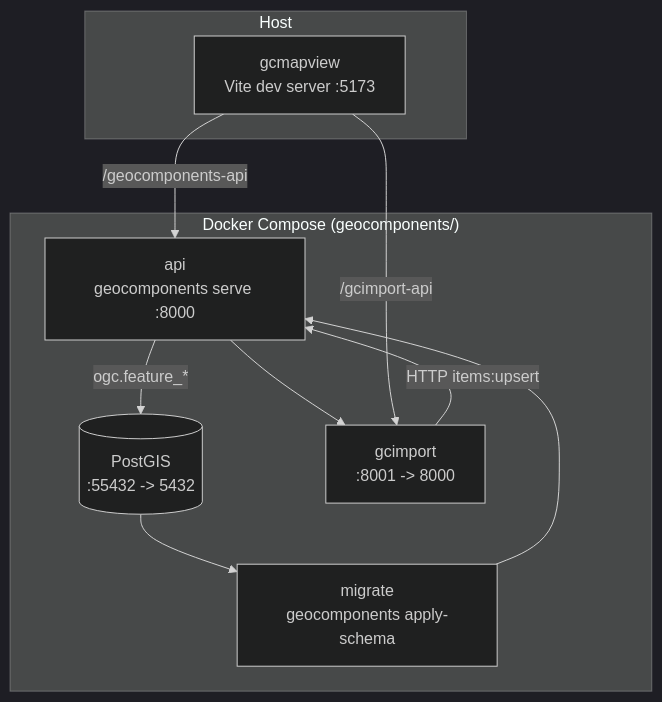
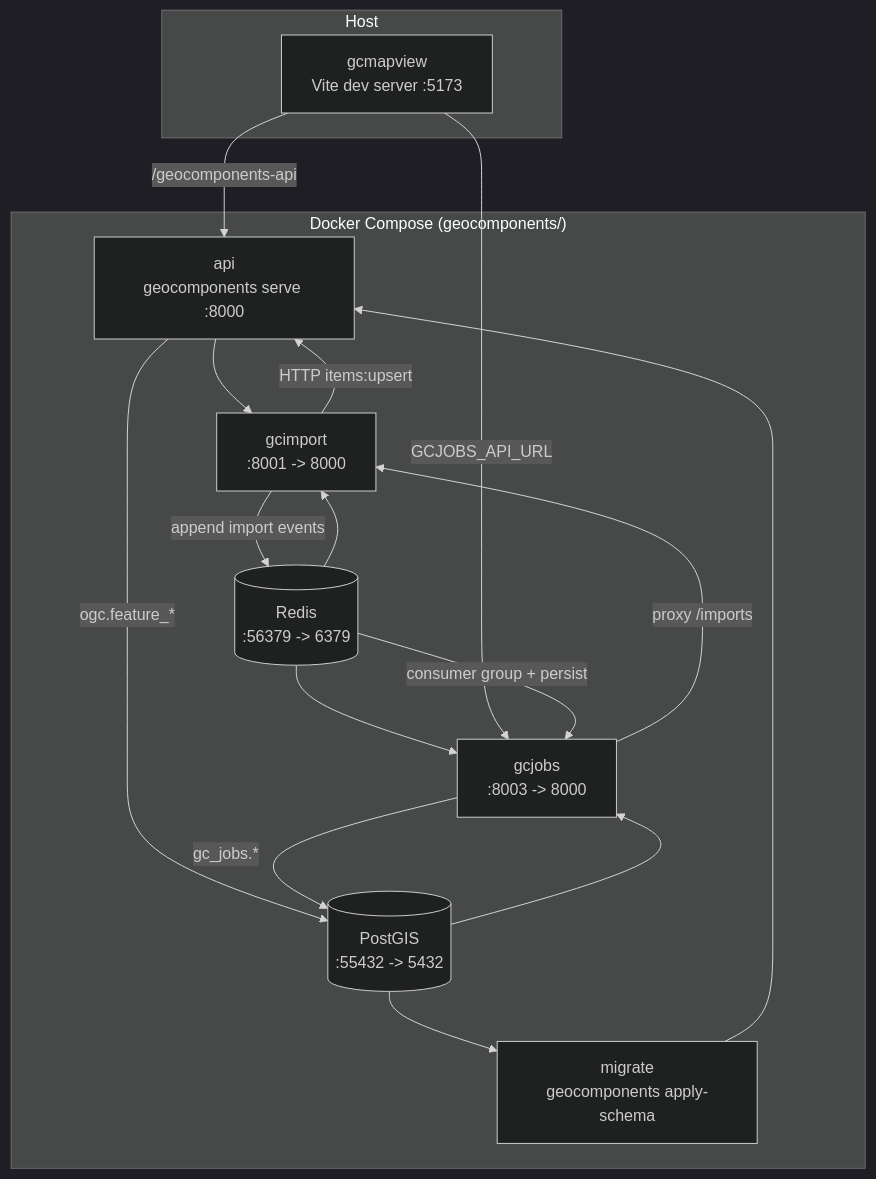
The second of 10 diagrams in docs/ARCHITECTURE.md (kartverket/topografisk-gdb-api), drawn with Mermaid (dark theme) before and after one commit. The commit also changed other lines of this file and 50 other files, not shown here.

````diff
--- a/docs/ARCHITECTURE.md
+++ b/docs/ARCHITECTURE.md
@@ -47,21 +57,30 @@
 ```mermaid
 flowchart TB
   subgraph Host
     FE["gcmapview<br/>Vite dev server :5173"]
   end
 
   subgraph "Docker Compose (geocomponents/)"
     DB[("PostGIS<br/>:55432 -> 5432")]
+    REDIS[("Redis<br/>:56379 -> 6379")]
     MIG["migrate<br/>geocomponents apply-schema"]
     API["api<br/>geocomponents serve :8000"]
     IMP["gcimport<br/>:8001 -> 8000"]
+    JOBS["gcjobs<br/>:8003 -> 8000"]
 
     DB --> MIG --> API
     API --> IMP
+    DB --> JOBS
+    REDIS --> IMP
+    REDIS --> JOBS
   end
 
   FE -->|/geocomponents-api| API
-  FE -->|/gcimport-api| IMP
+  FE -->|GCJOBS_API_URL| JOBS
+  JOBS -->|proxy /imports| IMP
   IMP -->|HTTP items:upsert| API
+  IMP -->|append import events| REDIS
+  REDIS -->|consumer group + persist| JOBS
   API -->|ogc.feature_*| DB
+  JOBS -->|gc_jobs.*| DB
 ```
````
